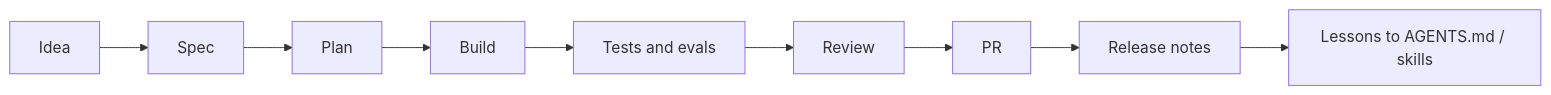
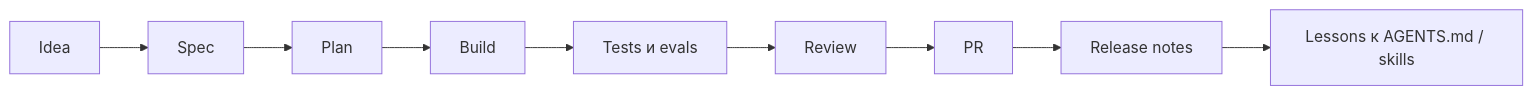
One commit to alexroadcaster/product-agent-os changed the diagram in docs/product-agent/overview.md. Above: the diagram before and after it, drawn with Mermaid. The commit also changed other lines of this file and 447 other files, not shown here.

````diff
--- a/docs/product-agent/overview.md
+++ b/docs/product-agent/overview.md
@@ -21,11 +21,11 @@
 ```mermaid
 flowchart LR
     I["Idea"] --> S["Spec"]
     S --> P["Plan"]
     P --> B["Build"]
-    B --> T["Tests and evals"]
+    B --> T["Tests и evals"]
     T --> R["Review"]
     R --> PR["PR"]
     PR --> REL["Release notes"]
-    REL --> L["Lessons to AGENTS.md / skills"]
+    REL --> L["Lessons к AGENTS.md / skills"]
 ```
````
